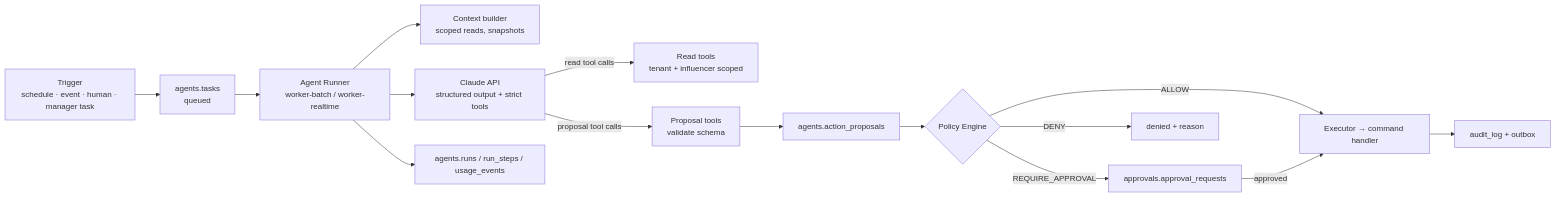
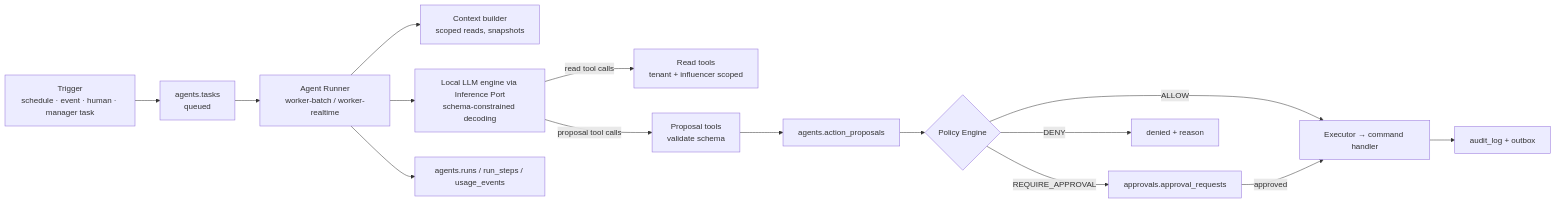
Before and after one commit to barel1296/barels: the first of 2 diagrams in docs/06-agent-system.md, drawn with Mermaid. The commit also changed other lines of this file and 18 other files, not shown here.

First line of the commit message:
Revise architecture for 20-30 personas on one workstation with local AI

````diff
--- a/docs/06-agent-system.md
+++ b/docs/06-agent-system.md
@@ -29,17 +29,17 @@
 ```mermaid
 flowchart LR
   T[Trigger<br/>schedule · event · human · manager task] --> Q[agents.tasks<br/>queued]
   Q --> R[Agent Runner<br/>worker-batch / worker-realtime]
   R --> CTX[Context builder<br/>scoped reads, snapshots]
-  R --> LLM[Claude API<br/>structured output + strict tools]
+  R --> LLM["Local LLM engine via Inference Port<br/>schema-constrained decoding"]
   LLM -->|read tool calls| RT[Read tools<br/>tenant + influencer scoped]
   LLM -->|proposal tool calls| PT[Proposal tools<br/>validate schema]
   PT --> AP[agents.action_proposals]
   AP --> PE{Policy Engine}
   PE -->|ALLOW| EX[Executor → command handler]
   PE -->|REQUIRE_APPROVAL| APR[approvals.approval_requests]
   PE -->|DENY| DN[denied + reason]
   APR -->|approved| EX
   EX --> AUD[audit_log + outbox]
   R --> RUN[agents.runs / run_steps / usage_events]
 ```
````
